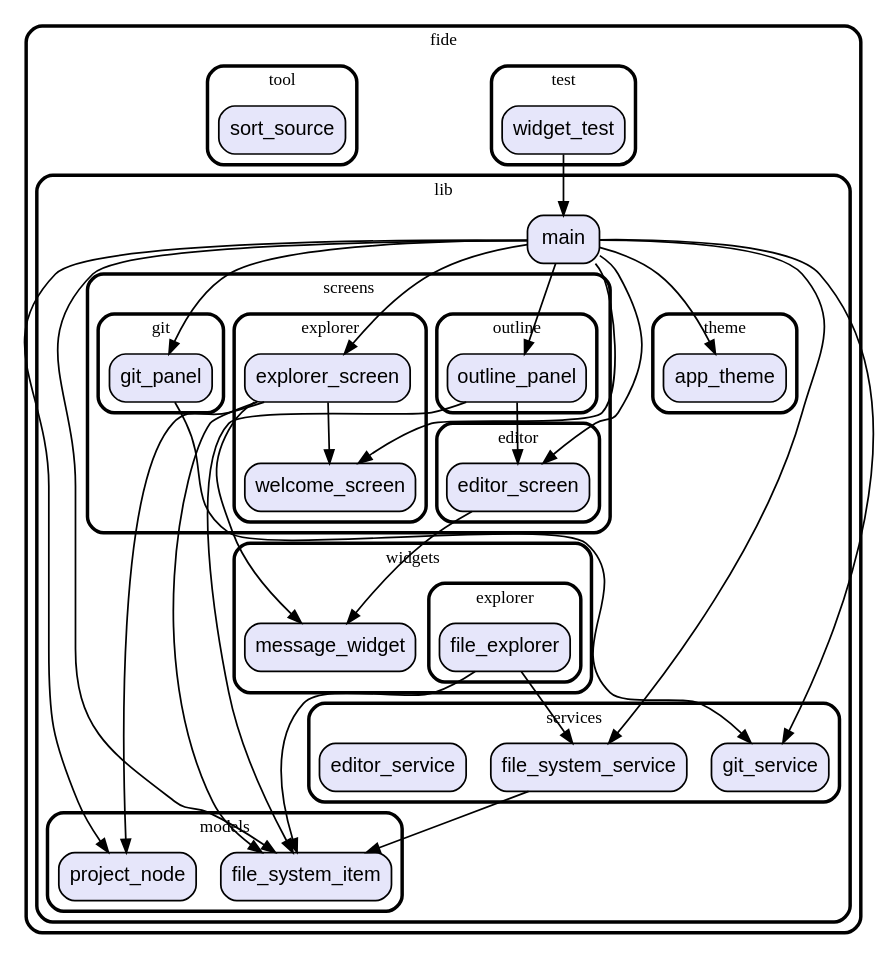
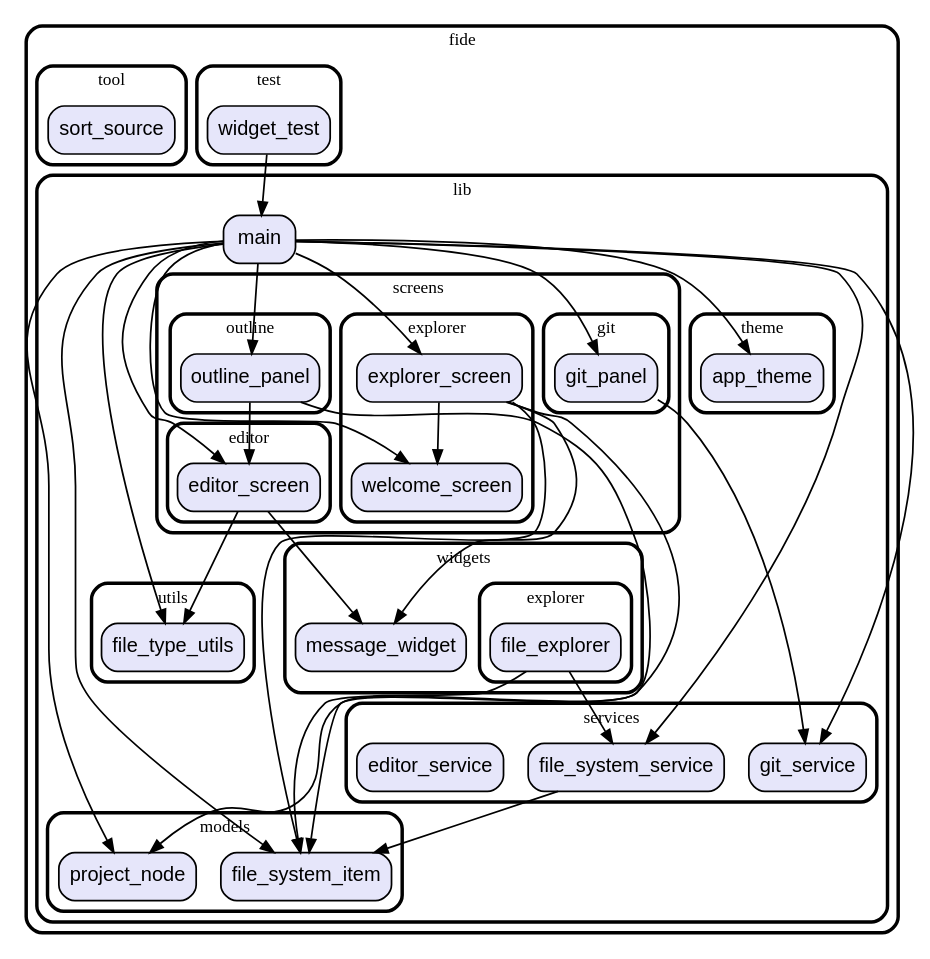
Before and after one commit to vteam-com/FIDE: the diagram in graph.dot, drawn with Graphviz. The commit also changed 5 other files, not shown here.

```diff
--- a/graph.dot
+++ b/graph.dot
@@ -1,101 +1,108 @@
 digraph "" {
   graph [style=rounded fontname="Arial Black" fontsize=13 penwidth=2.6];
   node [shape=rect style="filled,rounded" fontname=Arial fontsize=15 fillcolor=Lavender penwidth=1.3];
   edge [penwidth=1.3];
   "/test/widget_test.dart" [label="widget_test"];
+  "/lib/utils/file_type_utils.dart" [label="file_type_utils"];
   "/lib/models/project_node.dart" [label="project_node"];
   "/lib/models/file_system_item.dart" [label="file_system_item"];
   "/lib/screens/explorer/explorer_screen.dart" [label="explorer_screen"];
   "/lib/screens/explorer/welcome_screen.dart" [label="welcome_screen"];
   "/lib/screens/outline/outline_panel.dart" [label="outline_panel"];
   "/lib/screens/editor/editor_screen.dart" [label="editor_screen"];
   "/lib/screens/git/git_panel.dart" [label="git_panel"];
   "/lib/main.dart" [label="main"];
   "/lib/theme/app_theme.dart" [label="app_theme"];
   "/lib/services/git_service.dart" [label="git_service"];
   "/lib/services/file_system_service.dart" [label="file_system_service"];
   "/lib/services/editor_service.dart" [label="editor_service"];
   "/lib/widgets/explorer/file_explorer.dart" [label="file_explorer"];
   "/lib/widgets/message_widget.dart" [label="message_widget"];
   "/tool/sort_source.dart" [label="sort_source"];
   subgraph "cluster~" {
     label="fide";
     subgraph "cluster~/test" {
       label="test";
       "/test/widget_test.dart";
     }
     subgraph "cluster~/lib" {
       label="lib";
       "/lib/main.dart";
+      subgraph "cluster~/lib/utils" {
+        label="utils";
+        "/lib/utils/file_type_utils.dart";
+      }
       subgraph "cluster~/lib/models" {
         label="models";
         "/lib/models/project_node.dart";
         "/lib/models/file_system_item.dart";
       }
       subgraph "cluster~/lib/screens" {
         label="screens";
         subgraph "cluster~/lib/screens/explorer" {
           label="explorer";
           "/lib/screens/explorer/explorer_screen.dart";
           "/lib/screens/explorer/welcome_screen.dart";
         }
         subgraph "cluster~/lib/screens/outline" {
           label="outline";
           "/lib/screens/outline/outline_panel.dart";
         }
         subgraph "cluster~/lib/screens/editor" {
           label="editor";
           "/lib/screens/editor/editor_screen.dart";
         }
         subgraph "cluster~/lib/screens/git" {
           label="git";
           "/lib/screens/git/git_panel.dart";
         }
       }
       subgraph "cluster~/lib/theme" {
         label="theme";
         "/lib/theme/app_theme.dart";
       }
       subgraph "cluster~/lib/services" {
         label="services";
         "/lib/services/git_service.dart";
         "/lib/services/file_system_service.dart";
         "/lib/services/editor_service.dart";
       }
       subgraph "cluster~/lib/widgets" {
         label="widgets";
         "/lib/widgets/message_widget.dart";
         subgraph "cluster~/lib/widgets/explorer" {
           label="explorer";
           "/lib/widgets/explorer/file_explorer.dart";
         }
       }
     }
     subgraph "cluster~/tool" {
       label="tool";
       "/tool/sort_source.dart";
     }
   }
   "/test/widget_test.dart" -> "/lib/main.dart";
   "/lib/screens/explorer/explorer_screen.dart" -> "/lib/models/project_node.dart";
   "/lib/screens/explorer/explorer_screen.dart" -> "/lib/models/file_system_item.dart";
   "/lib/screens/explorer/explorer_screen.dart" -> "/lib/widgets/message_widget.dart";
   "/lib/screens/explorer/explorer_screen.dart" -> "/lib/screens/explorer/welcome_screen.dart";
   "/lib/screens/outline/outline_panel.dart" -> "/lib/models/file_system_item.dart";
   "/lib/screens/outline/outline_panel.dart" -> "/lib/screens/editor/editor_screen.dart";
   "/lib/screens/editor/editor_screen.dart" -> "/lib/widgets/message_widget.dart";
+  "/lib/screens/editor/editor_screen.dart" -> "/lib/utils/file_type_utils.dart";
   "/lib/screens/git/git_panel.dart" -> "/lib/services/git_service.dart";
   "/lib/main.dart" -> "/lib/screens/explorer/explorer_screen.dart";
   "/lib/main.dart" -> "/lib/screens/explorer/welcome_screen.dart";
   "/lib/main.dart" -> "/lib/screens/editor/editor_screen.dart";
   "/lib/main.dart" -> "/lib/screens/outline/outline_panel.dart";
   "/lib/main.dart" -> "/lib/screens/git/git_panel.dart";
   "/lib/main.dart" -> "/lib/services/file_system_service.dart";
   "/lib/main.dart" -> "/lib/services/git_service.dart";
   "/lib/main.dart" -> "/lib/theme/app_theme.dart";
   "/lib/main.dart" -> "/lib/models/file_system_item.dart";
   "/lib/main.dart" -> "/lib/models/project_node.dart";
+  "/lib/main.dart" -> "/lib/utils/file_type_utils.dart";
   "/lib/services/file_system_service.dart" -> "/lib/models/file_system_item.dart";
   "/lib/widgets/explorer/file_explorer.dart" -> "/lib/services/file_system_service.dart";
   "/lib/widgets/explorer/file_explorer.dart" -> "/lib/models/file_system_item.dart";
 }
```
